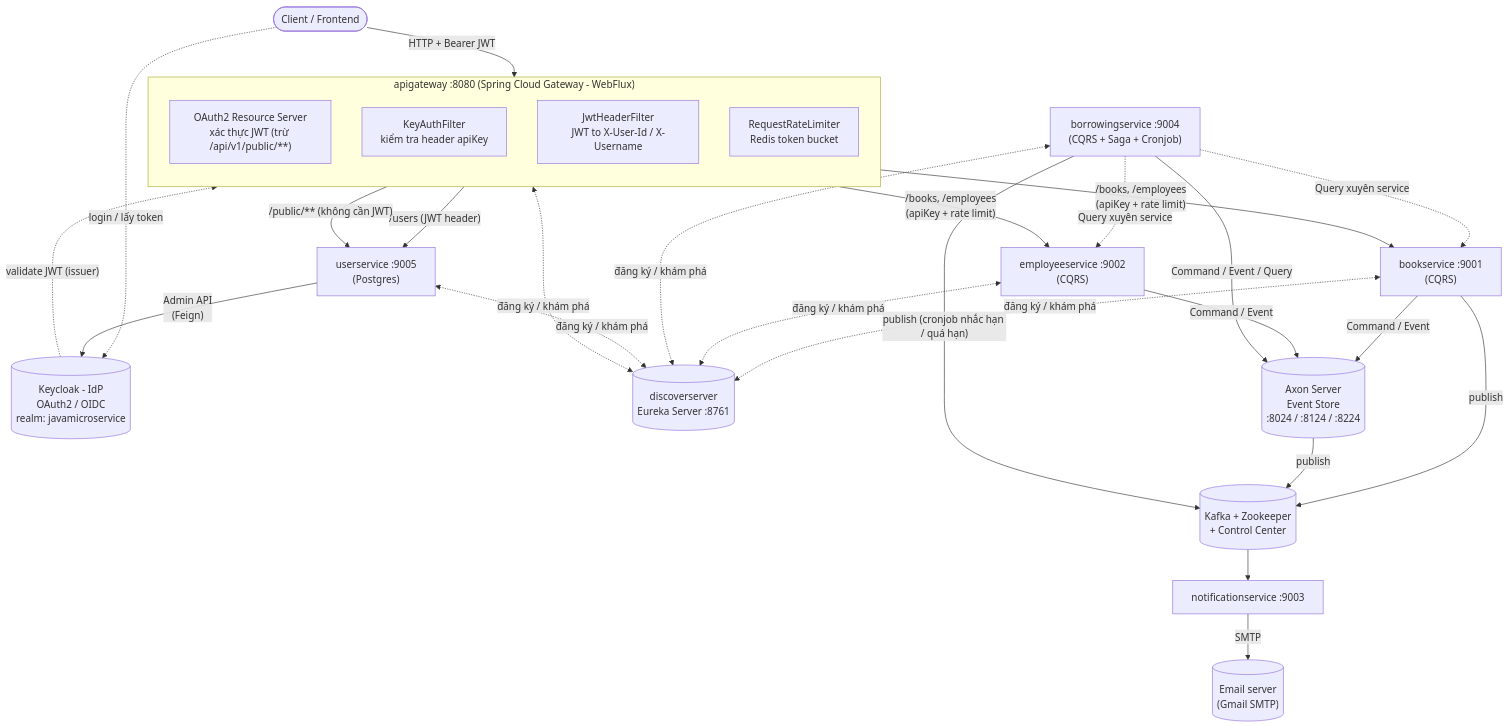
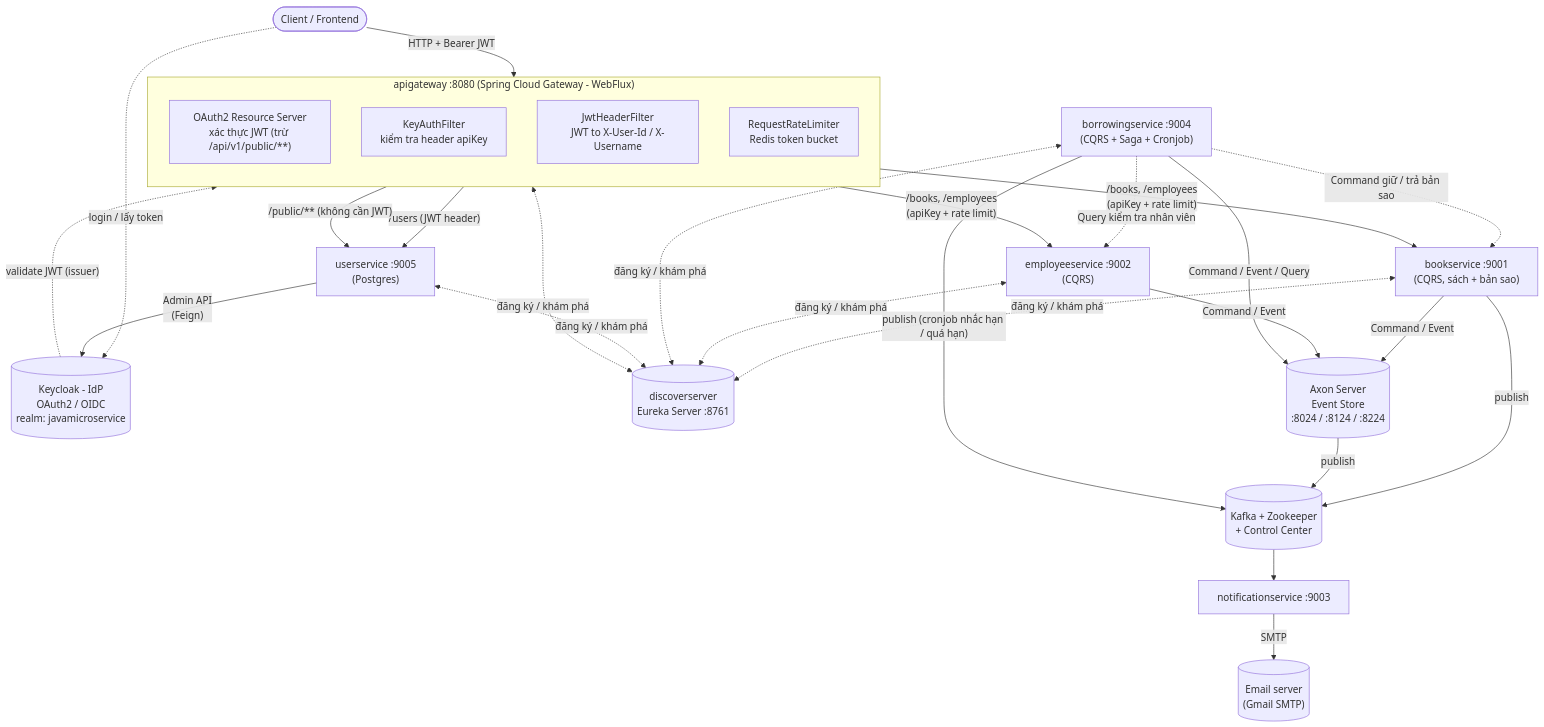
Before and after one commit to nguyenminhquan2204/library-management-java-microservices: the first of 3 diagrams in PROJECT_OVERVIEW.md, drawn with Mermaid. The commit also changed other lines of this file and 56 other files, not shown here.

````diff
--- a/PROJECT_OVERVIEW.md
+++ b/PROJECT_OVERVIEW.md
@@ -31,51 +33,51 @@
 ```mermaid
 flowchart TB
     Client(["Client / Frontend"])
     KC[("Keycloak - IdP\nOAuth2 / OIDC\nrealm: javamicroservice")]
 
     Client -- "HTTP + Bearer JWT" --> GW
     Client -. "login / lấy token" .-> KC
 
     subgraph GW["apigateway :8080 (Spring Cloud Gateway - WebFlux)"]
         direction TB
         F1["OAuth2 Resource Server\nxác thực JWT (trừ /api/v1/public/**)"]
         F2["KeyAuthFilter\nkiểm tra header apiKey"]
         F3["JwtHeaderFilter\nJWT to X-User-Id / X-Username"]
         F4["RequestRateLimiter\nRedis token bucket"]
     end
 
     KC -. "validate JWT (issuer)" .-> F1
     GW -->|"/books, /employees\n(apiKey + rate limit)"| BS
     GW -->|"/books, /employees\n(apiKey + rate limit)"| ES
     GW -->|"/users (JWT header)"| US
     GW -->|"/public/** (không cần JWT)"| US
 
     DS[("discoverserver\nEureka Server :8761")]
     GW <-. "đăng ký / khám phá" .-> DS
     BS <-. "đăng ký / khám phá" .-> DS
     ES <-. "đăng ký / khám phá" .-> DS
     BOS <-. "đăng ký / khám phá" .-> DS
     US <-. "đăng ký / khám phá" .-> DS
 
-    BS["bookservice :9001\n(CQRS)"]
+    BS["bookservice :9001\n(CQRS, sách + bản sao)"]
     ES["employeeservice :9002\n(CQRS)"]
     BOS["borrowingservice :9004\n(CQRS + Saga + Cronjob)"]
     US["userservice :9005\n(Postgres)"]
 
     US -- "Admin API\n(Feign)" --> KC
 
     BS -- "Command / Event" --> AX
     ES -- "Command / Event" --> AX
     BOS -- "Command / Event / Query" --> AX
-    BOS -. "Query xuyên service" .-> BS
-    BOS -. "Query xuyên service" .-> ES
+    BOS -. "Command giữ / trả bản sao" .-> BS
+    BOS -. "Query kiểm tra nhân viên" .-> ES
 
     AX[("Axon Server\nEvent Store\n:8024 / :8124 / :8224")]
 
     BS -- publish --> KFK
     AX -- publish --> KFK
     BOS -- "publish (cronjob nhắc hạn / quá hạn)" --> KFK
     KFK[("Kafka + Zookeeper\n+ Control Center")]
     KFK --> NS["notificationservice :9003"]
     NS -- "SMTP" --> Mail[("Email server\n(Gmail SMTP)")]
 ```
````
